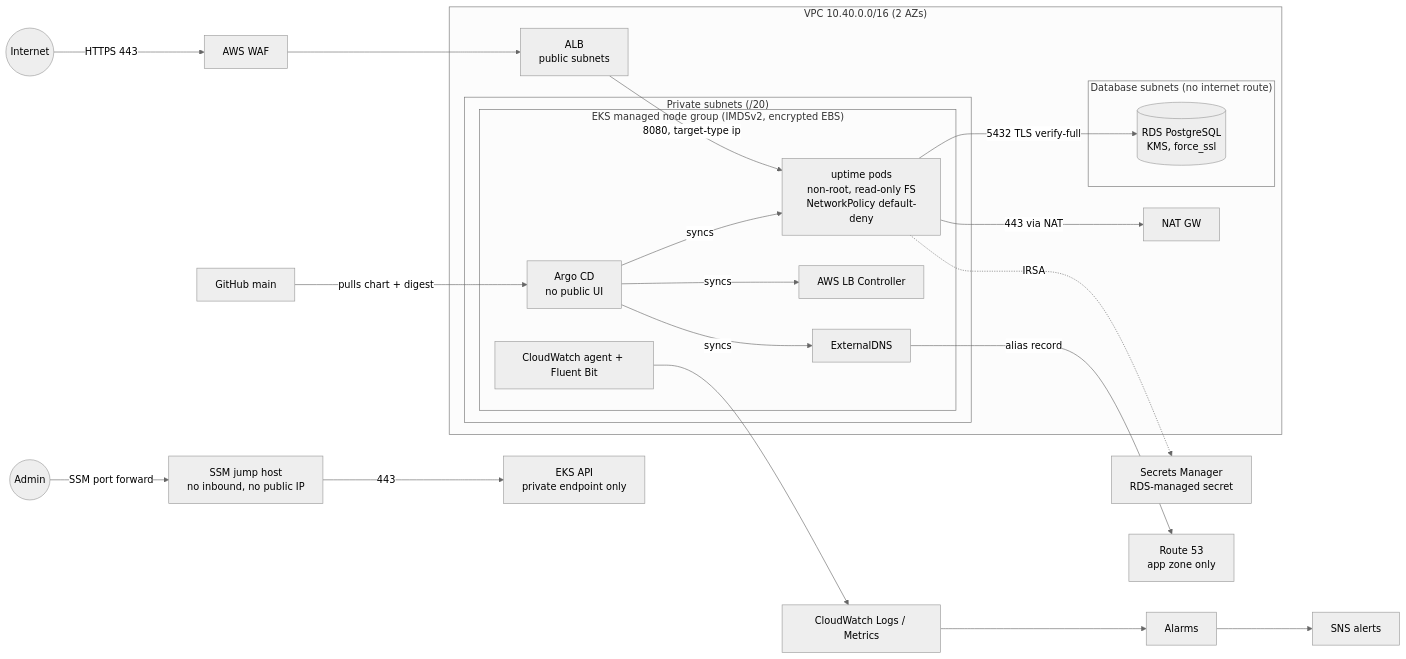
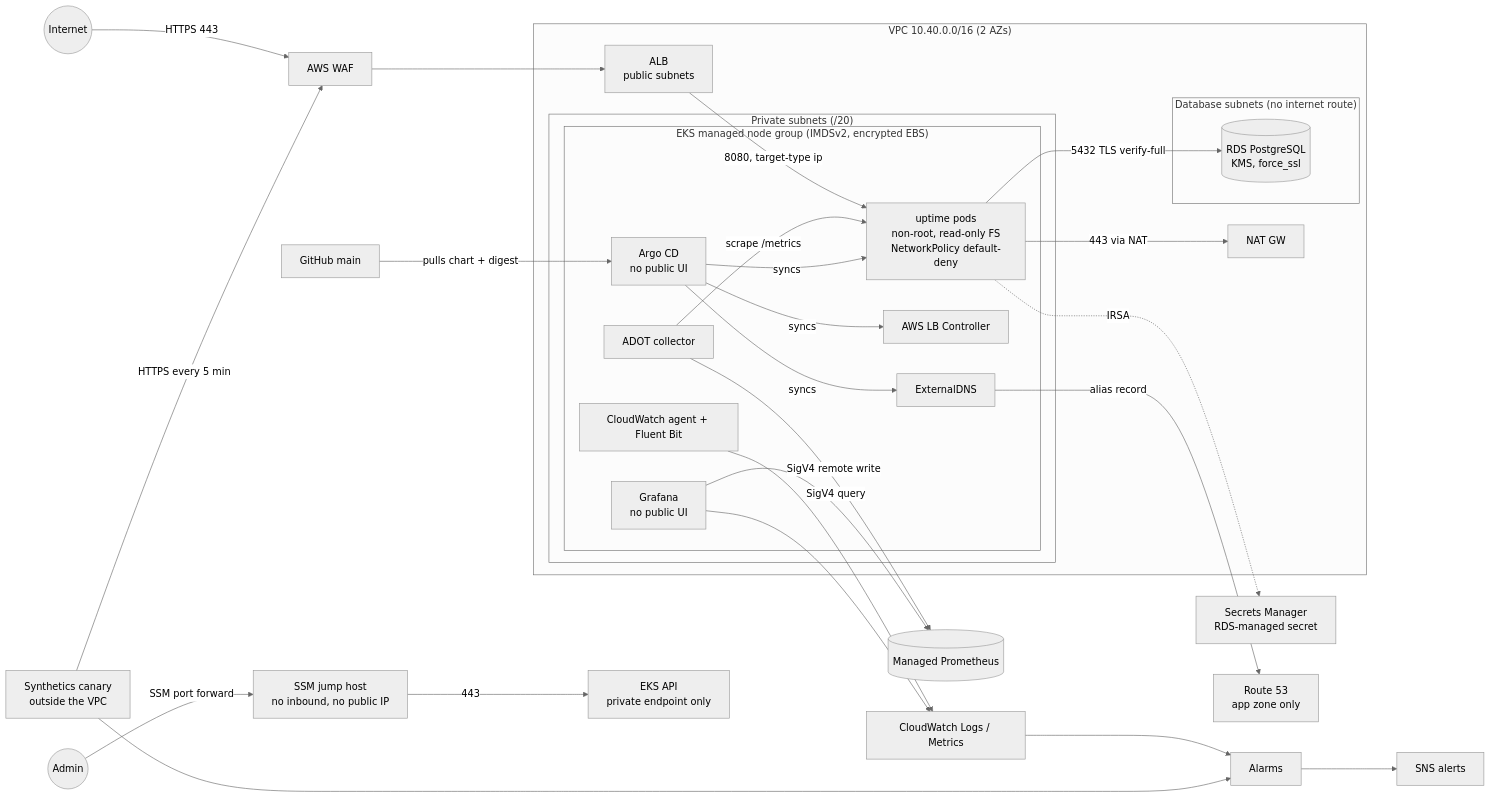
The diagram in README.md (Anthonyhudnall92/incode-sre-assessment), drawn with Mermaid (neutral theme) before and after one commit. The commit also changed other lines of this file, not shown here.

````diff
--- a/README.md
+++ b/README.md
@@ -22,35 +23,43 @@
 ```mermaid
 flowchart LR
   user((Internet)) -->|HTTPS 443| waf[AWS WAF]
   waf --> alb[ALB<br/>public subnets]
 
   subgraph VPC["VPC 10.40.0.0/16 (2 AZs)"]
     alb -->|8080, target-type ip| pods
     subgraph private["Private subnets (/20)"]
       subgraph eks["EKS managed node group (IMDSv2, encrypted EBS)"]
         pods[uptime pods<br/>non-root, read-only FS<br/>NetworkPolicy default-deny]
         argo[Argo CD<br/>no public UI]
         lbc[AWS LB Controller]
         edns[ExternalDNS]
         cw[CloudWatch agent + Fluent Bit]
+        adot[ADOT collector]
+        grafana[Grafana<br/>no public UI]
       end
     end
     subgraph db["Database subnets (no internet route)"]
       rds[(RDS PostgreSQL<br/>KMS, force_ssl)]
     end
     pods -->|5432 TLS verify-full| rds
     nat[NAT GW] 
   end
 
   pods -. IRSA .-> sm[Secrets Manager<br/>RDS-managed secret]
   pods -->|443 via NAT| nat
   cw --> cwl[CloudWatch Logs / Metrics]
   cwl --> alarms[Alarms] --> sns[SNS alerts]
+  adot -->|scrape /metrics| pods
+  adot -->|SigV4 remote write| amp[(Managed Prometheus)]
+  grafana -->|SigV4 query| amp
+  grafana --> cwl
+  canary[Synthetics canary<br/>outside the VPC] -->|HTTPS every 5 min| waf
+  canary --> alarms
   admin((Admin)) -->|SSM port forward| jump[SSM jump host<br/>no inbound, no public IP]
   jump -->|443| api[EKS API<br/>private endpoint only]
   gh[GitHub main] -->|pulls chart + digest| argo
   argo -->|syncs| pods
   argo -->|syncs| lbc
   argo -->|syncs| edns
   edns -->|alias record| r53[Route 53<br/>app zone only]
 ```
````
